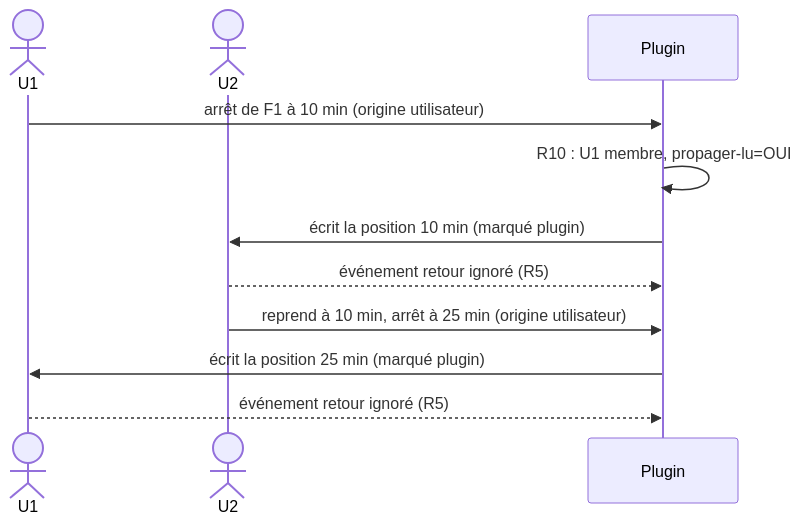
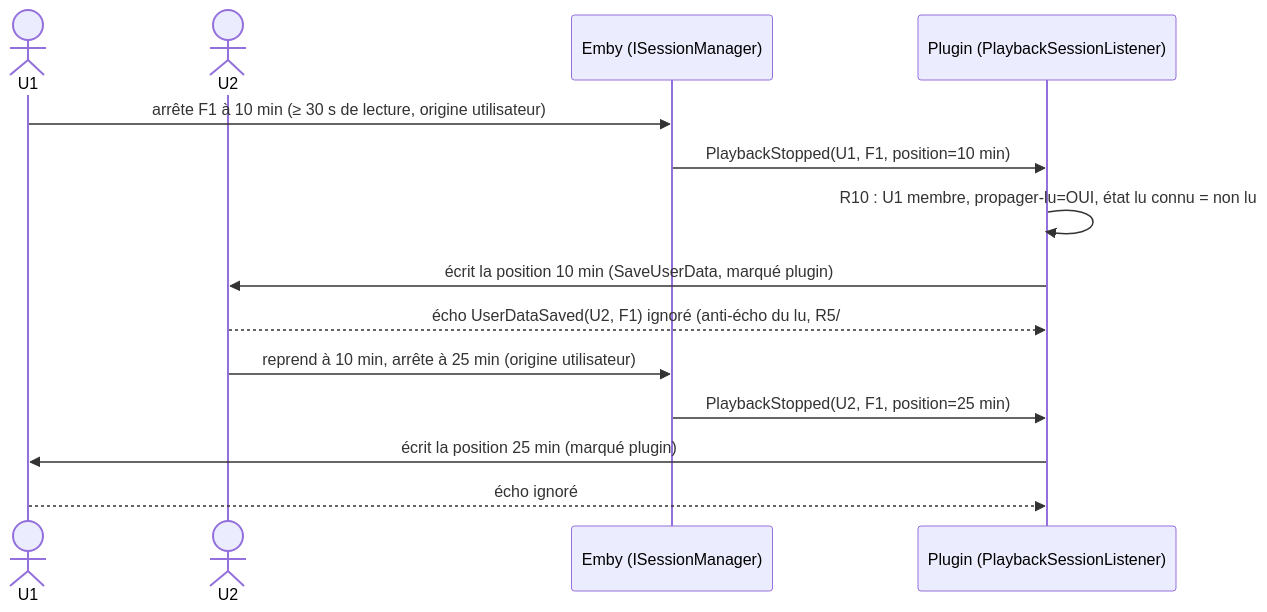
The fifth of 5 diagrams in docs/chronogrammes.md (CCoupel/Emby_PlaySync), drawn with Mermaid before and after one commit. The commit also changed other lines of this file and 1 other file, not shown here.

Commit message:
docs(spec): déclencheur ISessionManager pour l'avancement de lecture (#48)

````diff
--- a/docs/chronogrammes.md
+++ b/docs/chronogrammes.md
@@ -399,13 +399,16 @@
 ```mermaid
 sequenceDiagram
     actor U1
     actor U2
-    participant P as Plugin
-    U1->>P: arrêt de F1 à 10 min (origine utilisateur)
-    P->>P: R10 : U1 membre, propager-lu=OUI
-    P->>U2: écrit la position 10 min (marqué plugin)
-    U2-->>P: événement retour ignoré (R5)
-    U2->>P: reprend à 10 min, arrêt à 25 min (origine utilisateur)
+    participant S as Emby (ISessionManager)
+    participant P as Plugin (PlaybackSessionListener)
+    U1->>S: arrête F1 à 10 min (≥ 30 s de lecture, origine utilisateur)
+    S->>P: PlaybackStopped(U1, F1, position=10 min)
+    P->>P: R10 : U1 membre, propager-lu=OUI, état lu connu = non lu
+    P->>U2: écrit la position 10 min (SaveUserData, marqué plugin)
+    U2-->>P: écho UserDataSaved(U2, F1) ignoré (anti-écho du lu, R5/#21)
+    U2->>S: reprend à 10 min, arrête à 25 min (origine utilisateur)
+    S->>P: PlaybackStopped(U2, F1, position=25 min)
     P->>U1: écrit la position 25 min (marqué plugin)
-    U1-->>P: événement retour ignoré (R5)
+    U1-->>P: écho ignoré
 ```
````
